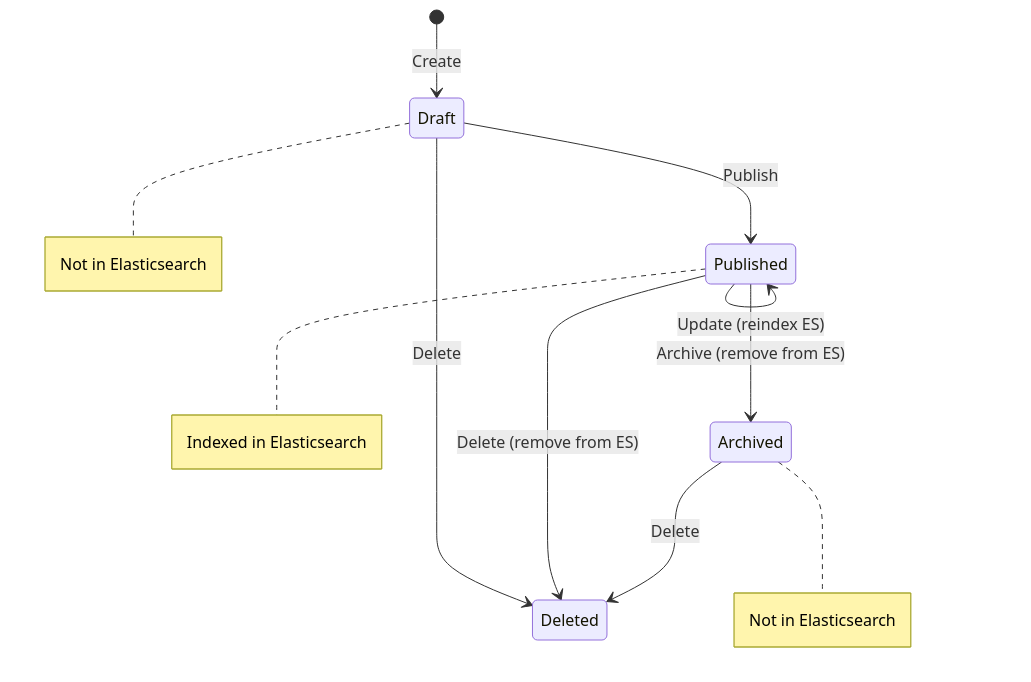
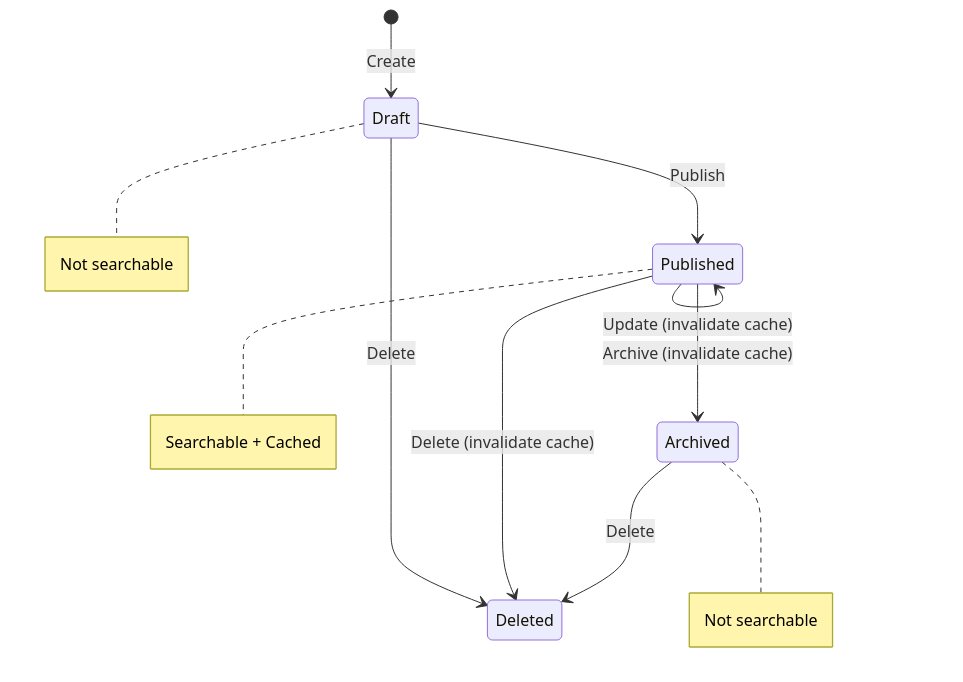
One commit to mmed199/thmanyah-cms changed the fifth of 7 diagrams in docs/design.md. Above: the diagram before and after it, drawn with Mermaid. The commit also changed other lines of this file and 40 other files, not shown here.

````diff
--- a/docs/design.md
+++ b/docs/design.md
@@ -576,14 +947,14 @@
 ```mermaid
 stateDiagram-v2
     [*] --> Draft: Create
     Draft --> Published: Publish
-    Published --> Published: Update (reindex ES)
-    Published --> Archived: Archive (remove from ES)
+    Published --> Published: Update (invalidate cache)
+    Published --> Archived: Archive (invalidate cache)
     Draft --> Deleted: Delete
-    Published --> Deleted: Delete (remove from ES)
+    Published --> Deleted: Delete (invalidate cache)
     Archived --> Deleted: Delete
-    
-    note right of Draft: Not in Elasticsearch
-    note right of Published: Indexed in Elasticsearch
-    note right of Archived: Not in Elasticsearch
+
+    note right of Draft: Not searchable
+    note right of Published: Searchable + Cached
+    note right of Archived: Not searchable
 ```
````
